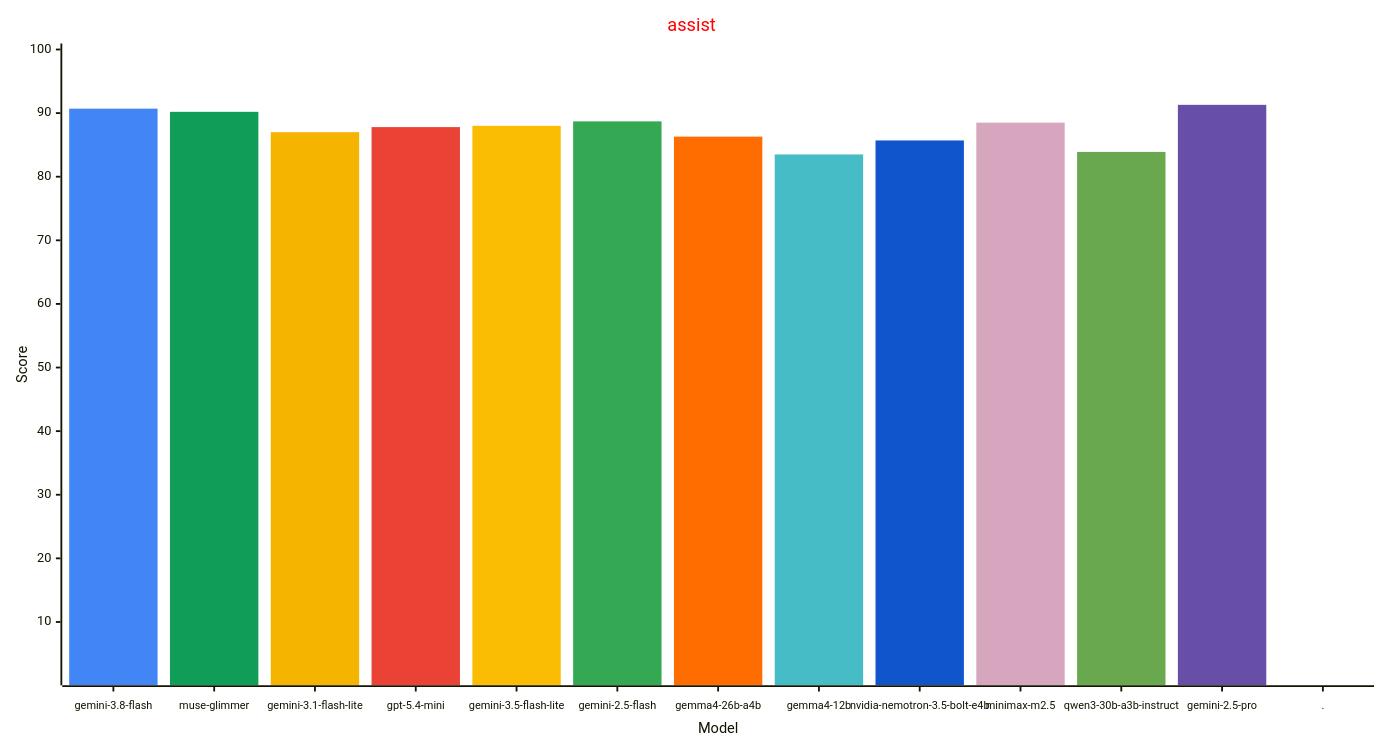
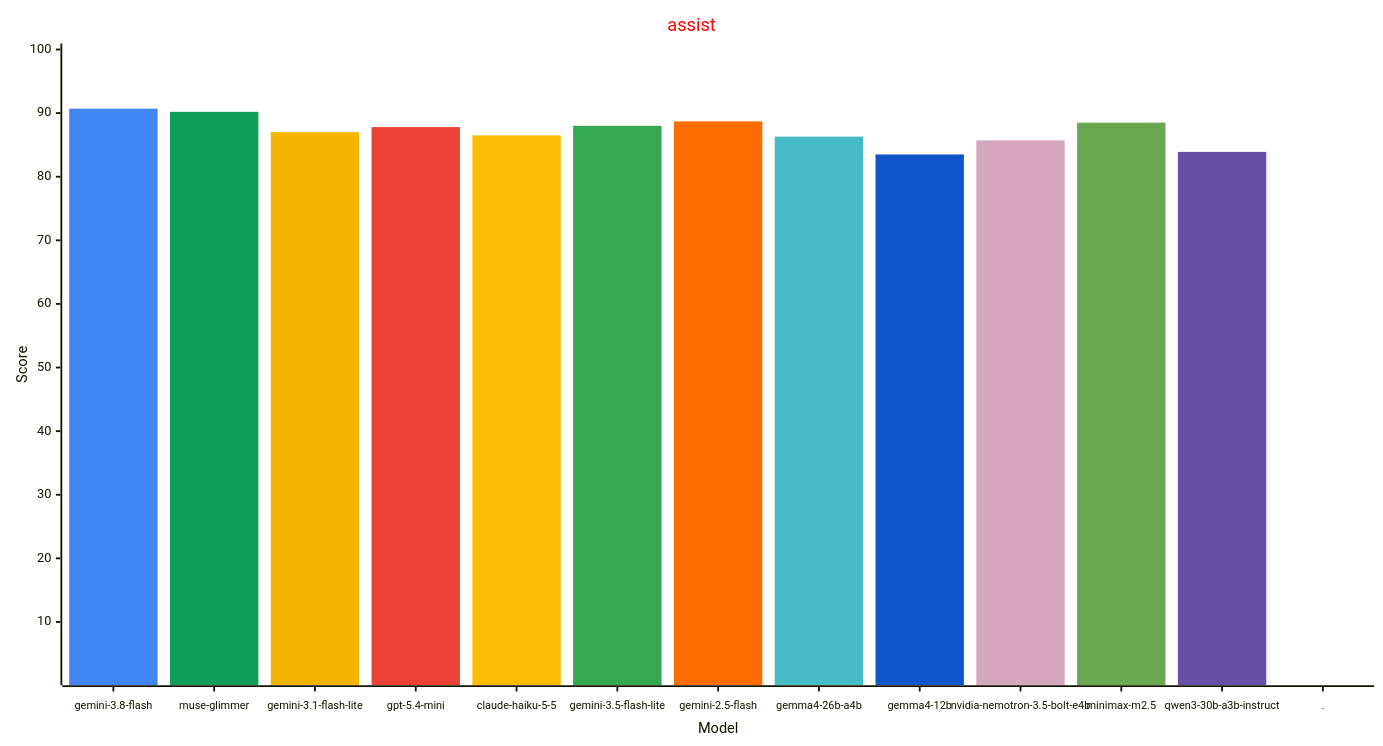
One commit to allenporter/home-assistant-datasets changed the first of 4 diagrams in reports/README.md. Above: the diagram before and after it, drawn with Mermaid. The commit also changed other lines of this file, not shown here.

````diff
--- a/reports/README.md
+++ b/reports/README.md
@@ -76,33 +77,33 @@
 ```mermaid
 ---
 config:
     xyChart:
         width: 1500
         height: 800
         xAxis:
           labelFontSize: 12
           labelPadding: 8
     themeVariables:
         xyChart:
             titleColor: "#ff0000"
             plotColorPalette: "#4285f4, #0f9d58, #f4b400, #ea4335, #fbbc04, #34a853, #ff6d01, #46bdc6, #1155cc, #d5a6bd, #6aa84f, #674ea7, #4285f4"
 
 ---
 xychart-beta
   title "assist"
-  x-axis "Model" [gemini-3.8-flash, muse-glimmer, gemini-3.1-flash-lite, gpt-5.4-mini, gemini-3.5-flash-lite, gemini-2.5-flash, gemma4-26b-a4b, gemma4-12b, nvidia-nemotron-3.5-bolt-e4b, minimax-m2.5, qwen3-30b-a3b-instruct, gemini-2.5-pro, .]
+  x-axis "Model" [gemini-3.8-flash, muse-glimmer, gemini-3.1-flash-lite, gpt-5.4-mini, claude-haiku-5-5, gemini-3.5-flash-lite, gemini-2.5-flash, gemma4-26b-a4b, gemma4-12b, nvidia-nemotron-3.5-bolt-e4b, minimax-m2.5, qwen3-30b-a3b-instruct, .]
   y-axis "Score" 1 --> 100
   bar [90.7, 0.0, 0.0, 0.0, 0.0, 0.0, 0.0, 0.0, 0.0, 0.0, 0.0, 0.0, 0.0]
   bar [0.0, 90.2, 0.0, 0.0, 0.0, 0.0, 0.0, 0.0, 0.0, 0.0, 0.0, 0.0, 0.0]
   bar [0.0, 0.0, 87.0, 0.0, 0.0, 0.0, 0.0, 0.0, 0.0, 0.0, 0.0, 0.0, 0.0]
   bar [0.0, 0.0, 0.0, 87.8, 0.0, 0.0, 0.0, 0.0, 0.0, 0.0, 0.0, 0.0, 0.0]
-  bar [0.0, 0.0, 0.0, 0.0, 88.0, 0.0, 0.0, 0.0, 0.0, 0.0, 0.0, 0.0, 0.0]
-  bar [0.0, 0.0, 0.0, 0.0, 0.0, 88.7, 0.0, 0.0, 0.0, 0.0, 0.0, 0.0, 0.0]
-  bar [0.0, 0.0, 0.0, 0.0, 0.0, 0.0, 86.3, 0.0, 0.0, 0.0, 0.0, 0.0, 0.0]
-  bar [0.0, 0.0, 0.0, 0.0, 0.0, 0.0, 0.0, 83.5, 0.0, 0.0, 0.0, 0.0, 0.0]
-  bar [0.0, 0.0, 0.0, 0.0, 0.0, 0.0, 0.0, 0.0, 85.7, 0.0, 0.0, 0.0, 0.0]
-  bar [0.0, 0.0, 0.0, 0.0, 0.0, 0.0, 0.0, 0.0, 0.0, 88.5, 0.0, 0.0, 0.0]
-  bar [0.0, 0.0, 0.0, 0.0, 0.0, 0.0, 0.0, 0.0, 0.0, 0.0, 83.9, 0.0, 0.0]
-  bar [0.0, 0.0, 0.0, 0.0, 0.0, 0.0, 0.0, 0.0, 0.0, 0.0, 0.0, 91.3, 0.0]
+  bar [0.0, 0.0, 0.0, 0.0, 86.5, 0.0, 0.0, 0.0, 0.0, 0.0, 0.0, 0.0, 0.0]
+  bar [0.0, 0.0, 0.0, 0.0, 0.0, 88.0, 0.0, 0.0, 0.0, 0.0, 0.0, 0.0, 0.0]
+  bar [0.0, 0.0, 0.0, 0.0, 0.0, 0.0, 88.7, 0.0, 0.0, 0.0, 0.0, 0.0, 0.0]
+  bar [0.0, 0.0, 0.0, 0.0, 0.0, 0.0, 0.0, 86.3, 0.0, 0.0, 0.0, 0.0, 0.0]
+  bar [0.0, 0.0, 0.0, 0.0, 0.0, 0.0, 0.0, 0.0, 83.5, 0.0, 0.0, 0.0, 0.0]
+  bar [0.0, 0.0, 0.0, 0.0, 0.0, 0.0, 0.0, 0.0, 0.0, 85.7, 0.0, 0.0, 0.0]
+  bar [0.0, 0.0, 0.0, 0.0, 0.0, 0.0, 0.0, 0.0, 0.0, 0.0, 88.5, 0.0, 0.0]
+  bar [0.0, 0.0, 0.0, 0.0, 0.0, 0.0, 0.0, 0.0, 0.0, 0.0, 0.0, 83.9, 0.0]
   bar [0.0, 0.0, 0.0, 0.0, 0.0, 0.0, 0.0, 0.0, 0.0, 0.0, 0.0, 0.0, -1.0]
 ```
````
